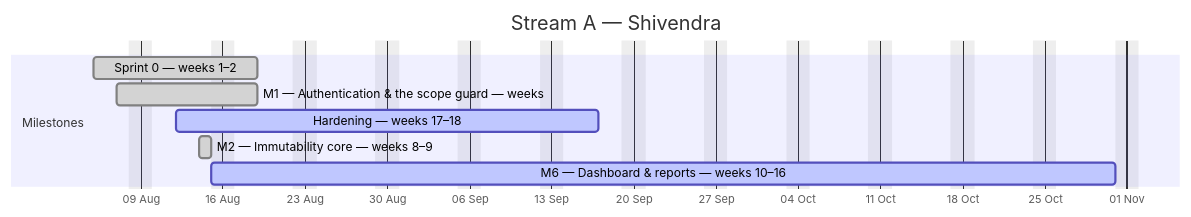
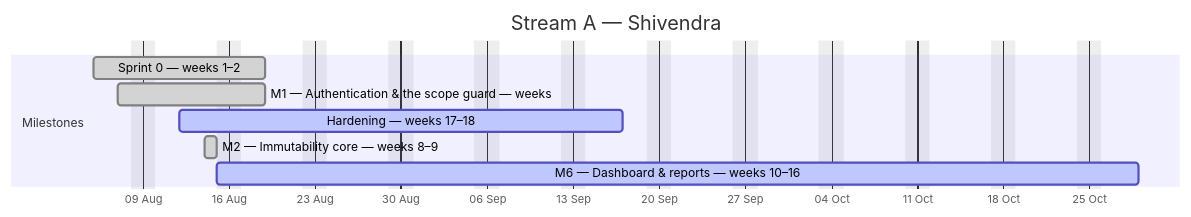
One commit to debashisedunext/EduTrack changed the first of 4 diagrams in docs/plan/GANTT.md. Above: the diagram before and after it, drawn with Mermaid. The commit also changed other lines of this file and 3 other files, not shown here.

````diff
--- a/docs/plan/GANTT.md
+++ b/docs/plan/GANTT.md
@@ -115,13 +114,13 @@
 ```mermaid
 gantt
     dateFormat YYYY-MM-DD
     axisFormat %d %b
     title Stream A — Shivendra
     excludes weekends
     section Milestones
     Sprint 0 — weeks 1–2 :done, a0, 2026-08-05, 10d
     M1 — Authentication & the scope guard — weeks :done, a1, 2026-08-07, 8d
     Hardening — weeks 17–18 :active, a2, 2026-08-12, 26d
     M2 — Immutability core — weeks 8–9 :done, a3, 2026-08-14, 1d
-    M6 — Dashboard & reports — weeks 10–16 :active, a4, 2026-08-15, 56d
+    M6 — Dashboard & reports — weeks 10–16 :active, a4, 2026-08-15, 54d
 ```
````
